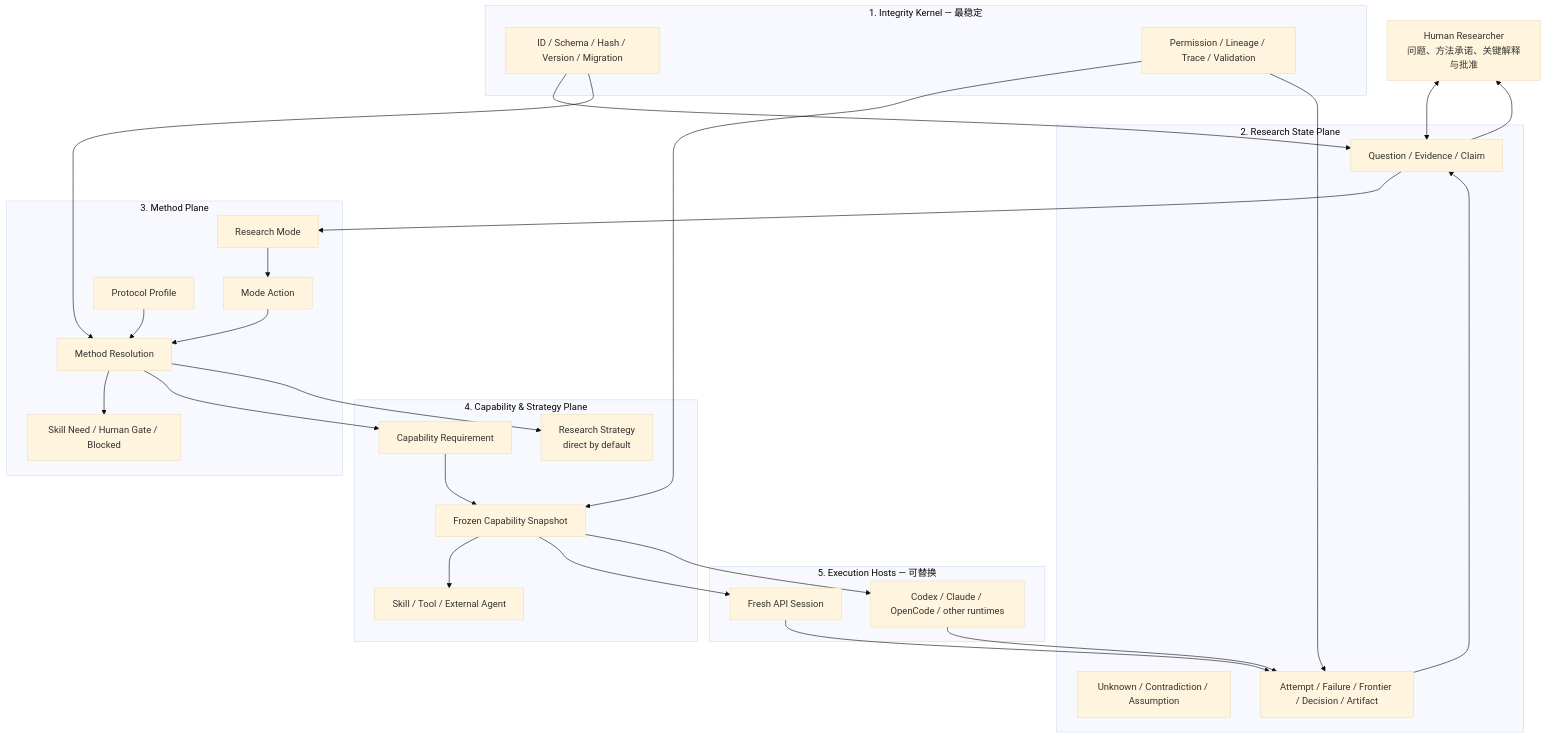
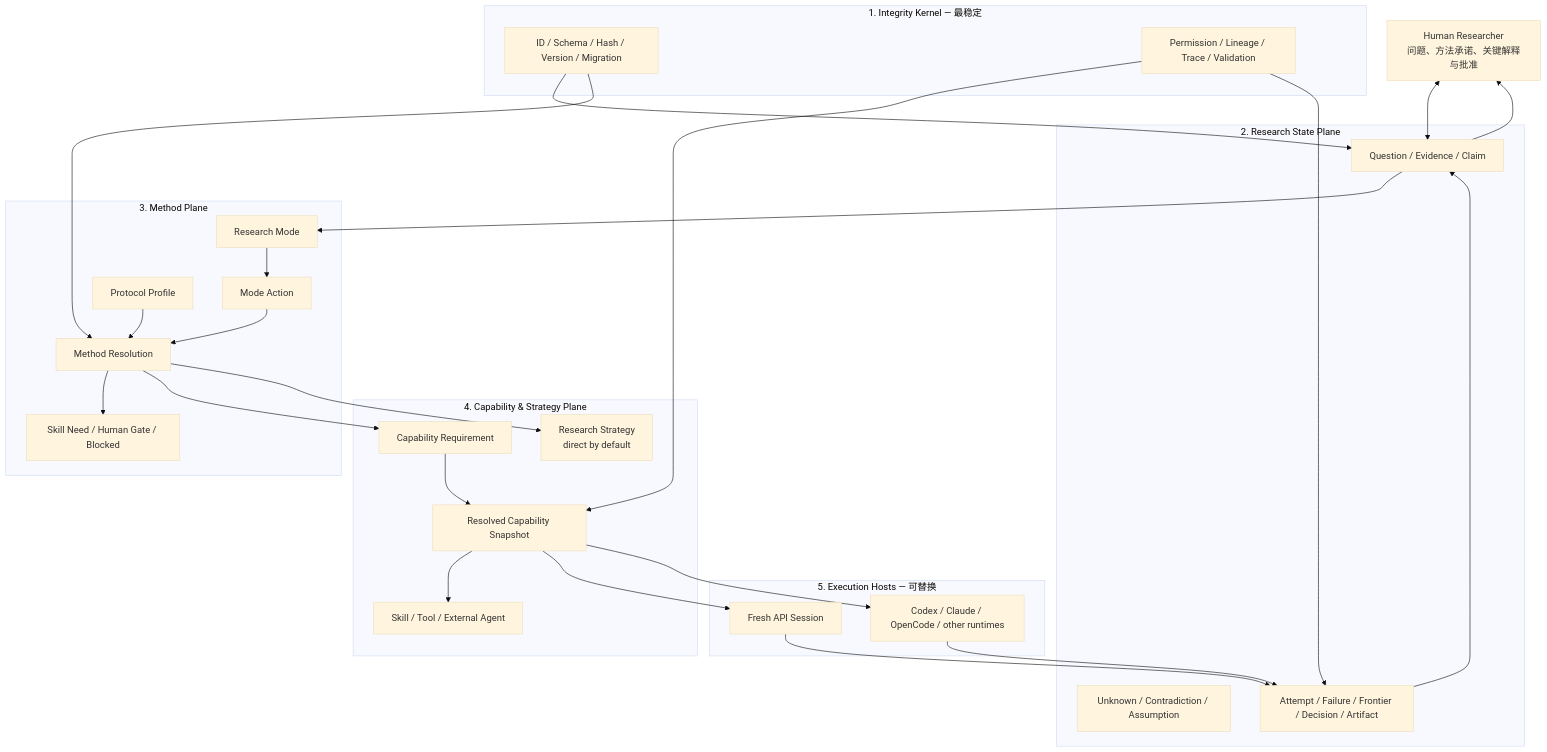
Before and after one commit to Chengyue-Lu/research-agent-workbench: the first of 2 diagrams in docs/ARCHITECTURE.md, drawn with Mermaid (base theme). The commit also changed other lines of this file and 12 other files, not shown here.

````diff
--- a/docs/ARCHITECTURE.md
+++ b/docs/ARCHITECTURE.md
@@ -27,52 +27,52 @@
 ```mermaid
 flowchart TB
     H["Human Researcher<br/>问题、方法承诺、关键解释与批准"]
 
     subgraph P5["5. Execution Hosts — 可替换"]
         API["Fresh API Session"]
         HOST["Codex / Claude / OpenCode / other runtimes"]
     end
 
     subgraph P4["4. Capability & Strategy Plane"]
         CRQ["Capability Requirement"]
-        CS["Frozen Capability Snapshot"]
+        CS["Resolved Capability Snapshot"]
         IMPL["Skill / Tool / External Agent"]
         STR["Research Strategy<br/>direct by default"]
     end
 
     subgraph P3["3. Method Plane"]
         MODE["Research Mode"]
         ACT["Mode Action"]
         MR["Method Resolution"]
         PRO["Protocol Profile"]
         NEED["Skill Need / Human Gate / Blocked"]
     end
 
     subgraph P2["2. Research State Plane"]
         STATE["Question / Evidence / Claim"]
         OPEN["Unknown / Contradiction / Assumption"]
         HIST["Attempt / Failure / Frontier / Decision / Artifact"]
     end
 
     subgraph P1["1. Integrity Kernel — 最稳定"]
         INT["ID / Schema / Hash / Version / Migration"]
         GOV["Permission / Lineage / Trace / Validation"]
     end
 
     H <--> STATE
     STATE --> MODE --> ACT --> MR
     PRO --> MR
     MR --> NEED
     MR --> CRQ --> CS --> IMPL
     MR --> STR
     CS --> API
     CS --> HOST
     API --> HIST
     HOST --> HIST
     HIST --> STATE
     INT --> STATE
     INT --> MR
     GOV --> CS
     GOV --> HIST
     STATE --> H
 ```
````
